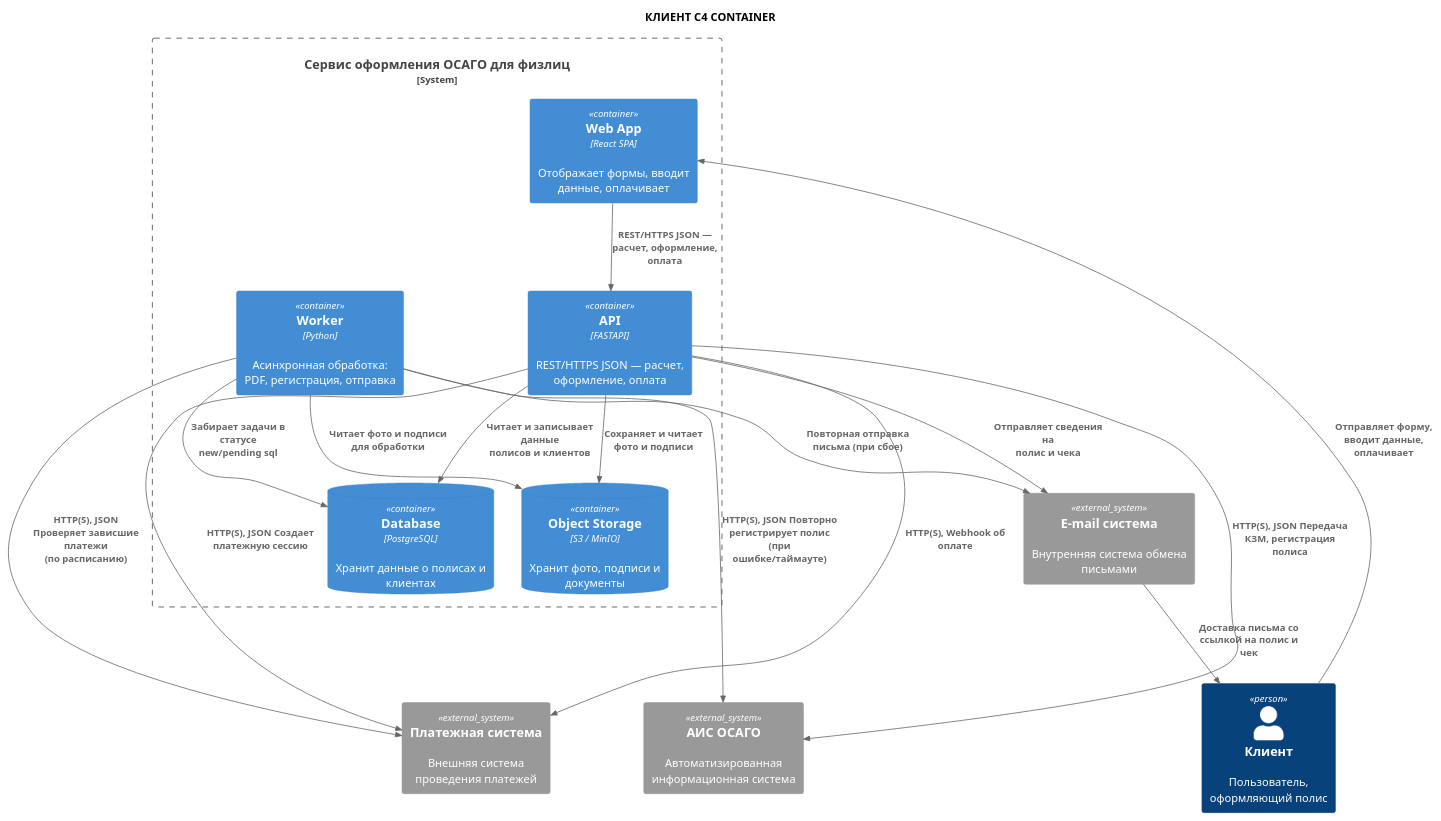
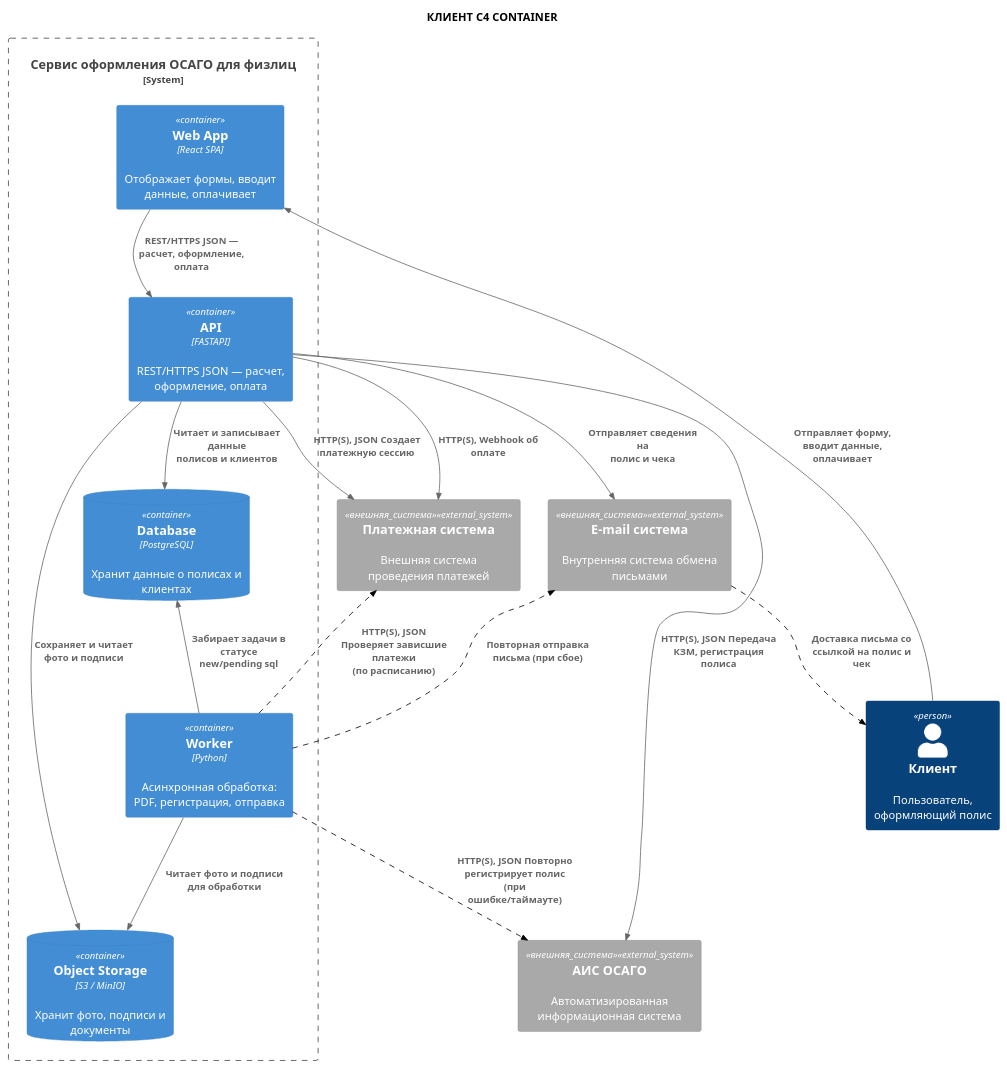
The diagram in docs_and_diagrams/Artem/container.puml (ElectricLight-ELO/Insurance-system), drawn with PlantUML before and after one commit. The commit also changed 2 other files, not shown here.

```diff
--- a/docs_and_diagrams/Artem/container.puml
+++ b/docs_and_diagrams/Artem/container.puml
@@ -1,76 +1,92 @@
 @startuml
 !include https://raw.githubusercontent.com/plantuml-stdlib/C4-PlantUML/master/C4_Container.puml
- 
+
 title КЛИЕНТ C4 CONTAINER
- 
+
+' === НАСТРОЙКА ЦВЕТОВ (как в Context) ===
+AddSystemTag("внешняя_система", $bgColor="#A9A9A9", $borderColor="#8A8A8A", $fontColor="#FFFFFF")
+AddSystemTag("фиолетовый_сервис", $bgColor="#B39DDB", $borderColor="#9575CD", $fontColor="#000000")
+AddRelTag("пунктир", $lineStyle = DashedLine(), $lineColor = "#000000")
+
 ' === ЭЛЕМЕНТЫ ===
- 
+
 Person(client, "Клиент", "Пользователь, оформляющий полис")
- 
+
+' Центральный сервис (фиолетовый, как ИС ОСАГО в контексте)
 System_Boundary(osago_service, "Сервис оформления ОСАГО для физлиц") {
- 
+
     Container(web_app, "Web App", "React SPA", "Отображает формы, вводит данные, оплачивает")
     
     Container(api, "API", "FASTAPI", "REST/HTTPS JSON — расчет, оформление, оплата")
     
     ContainerDb(database, "Database", "PostgreSQL", "Хранит данные о полисах и клиентах")
     
     ContainerDb(object_storage, "Object Storage", "S3 / MinIO", "Хранит фото, подписи и документы")
     
     Container(worker, "Worker", "Python", "Асинхронная обработка: PDF, регистрация, отправка")
 }
- 
-System_Ext(email_sys, "E-mail система", "Внутренняя система обмена письмами")
-System_Ext(payment_sys, "Платежная система", "Внешняя система проведения платежей")
-System_Ext(ais_osago, "АИС ОСАГО", "Автоматизированная информационная система")
- 
+
+' Внешние системы (серые, внизу)
+System_Ext(payment_sys, "Платежная система", "Внешняя система проведения платежей", $tags="внешняя_система")
+System_Ext(email_sys, "E-mail система", "Внутренняя система обмена письмами", $tags="внешняя_система")
+System_Ext(ais_osago, "АИС ОСАГО", "Автоматизированная информационная система", $tags="внешняя_система")
+
 ' === СВЯЗИ ===
- 
+
 ' Клиент -> Web App
 Rel(client, web_app, "Отправляет форму, вводит данные,\nоплачивает")
- 
+
 ' Web App -> API
 Rel(web_app, api, "REST/HTTPS JSON — расчет, оформление,\nоплата")
- 
+
 ' API -> Database
 Rel(api, database, "Читает и записывает данные\nполисов и клиентов")
- 
+
 ' API -> Object Storage
 Rel(api, object_storage, "Сохраняет и читает\nфото и подписи")
- 
+
 ' API -> E-mail система
 Rel(api, email_sys, "Отправляет сведения на\nполис и чека")
- 
+
 ' API -> Платежная система
 Rel(api, payment_sys, "HTTP(S), JSON Создает платежную сессию")
 Rel(api, payment_sys, "HTTP(S), Webhook об оплате")
- 
+
 ' API -> АИС ОСАГО
 Rel(api, ais_osago, "HTTP(S), JSON Передача КЗМ, регистрация\nполиса")
- 
+
 ' Worker -> Database
 Rel(worker, database, "Забирает задачи в статусе\nnew/pending sql")
- 
+
 ' Worker -> Object Storage
 Rel(worker, object_storage, "Читает фото и подписи\nдля обработки")
- 
+
 ' Worker -> АИС ОСАГО (пунктир)
-Rel(worker, ais_osago, "HTTP(S), JSON Повторно регистрирует полис\n(при ошибке/таймауте)", $tags="dashed")
- 
+Rel(worker, ais_osago, "HTTP(S), JSON Повторно регистрирует полис\n(при ошибке/таймауте)", $tags="пунктир")
+
 ' Worker -> Платежная система (пунктир)
-Rel(worker, payment_sys, "HTTP(S), JSON Проверяет зависшие платежи\n(по расписанию)", $tags="dashed")
- 
+Rel(worker, payment_sys, "HTTP(S), JSON Проверяет зависшие платежи\n(по расписанию)", $tags="пунктир")
+
 ' E-mail система -> Клиент (пунктир)
-Rel(email_sys, client, "Доставка письма со ссылкой на полис и\nчек", $tags="dashed")
- 
+Rel(email_sys, client, "Доставка письма со ссылкой на полис и\nчек", $tags="пунктир")
+
 ' Worker -> E-mail система (пунктир)
-Rel(worker, email_sys, "Повторная отправка письма (при сбое)", $tags="dashed")
- 
+Rel(worker, email_sys, "Повторная отправка письма (при сбое)", $tags="пунктир")
+
 ' === УПРАВЛЕНИЕ LAYOUT (скрытые связи) ===
-' Размещаем внешние системы внизу под базами данных
-database -[hidden]down- email_sys
-object_storage -[hidden]down- payment_sys
-database -[hidden]right- payment_sys
-payment_sys -[hidden]right- ais_osago
- 
+
+' Клиент сверху, Web App под ним
+client -[hidden]down- web_app
+
+' API в центре, базы данных внутри boundary
+web_app -[hidden]down- api
+api -[hidden]down- database
+database -[hidden]right- object_storage
+database -[hidden]down- worker
+
+' Внешние системы внизу (как в контексте)
+osago_service -[hidden]down- payment_sys
+payment_sys -[hidden]right- email_sys
+email_sys -[hidden]right- ais_osago
+
 @enduml
```
